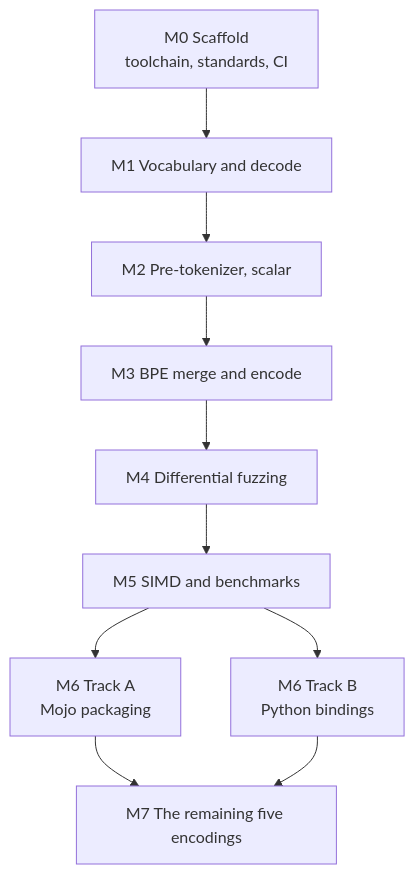
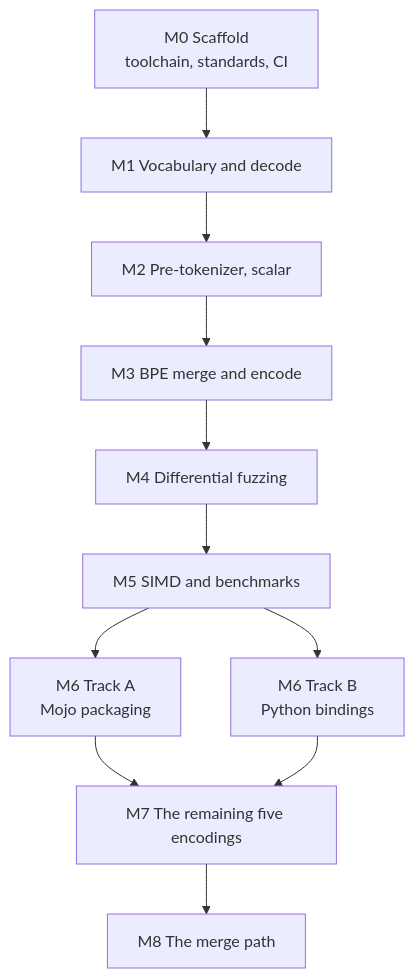
Before and after one commit to olaflaitinen/knap: the diagram in docs/ROADMAP.md, drawn with Mermaid. The commit also changed other lines of this file and 12 other files, not shown here.

````diff
--- a/docs/ROADMAP.md
+++ b/docs/ROADMAP.md
@@ -50,13 +50,14 @@
 ```mermaid
 flowchart TD
     M0[M0 Scaffold<br/>toolchain, standards, CI] --> M1
     M1[M1 Vocabulary and decode] --> M2
     M2[M2 Pre-tokenizer, scalar] --> M3
     M3[M3 BPE merge and encode] --> M4
     M4[M4 Differential fuzzing] --> M5
     M5[M5 SIMD and benchmarks] --> M6A
     M5 --> M6B
     M6A[M6 Track A<br/>Mojo packaging] --> M7
     M6B[M6 Track B<br/>Python bindings] --> M7
-    M7[M7 The remaining five encodings]
+    M7[M7 The remaining five encodings] --> M8
+    M8[M8 The merge path]
 ```
````
